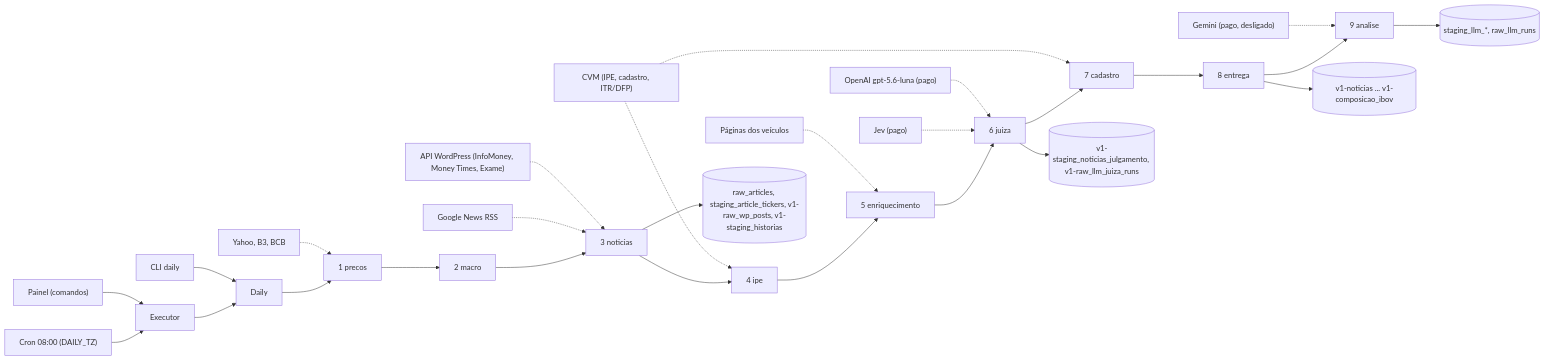
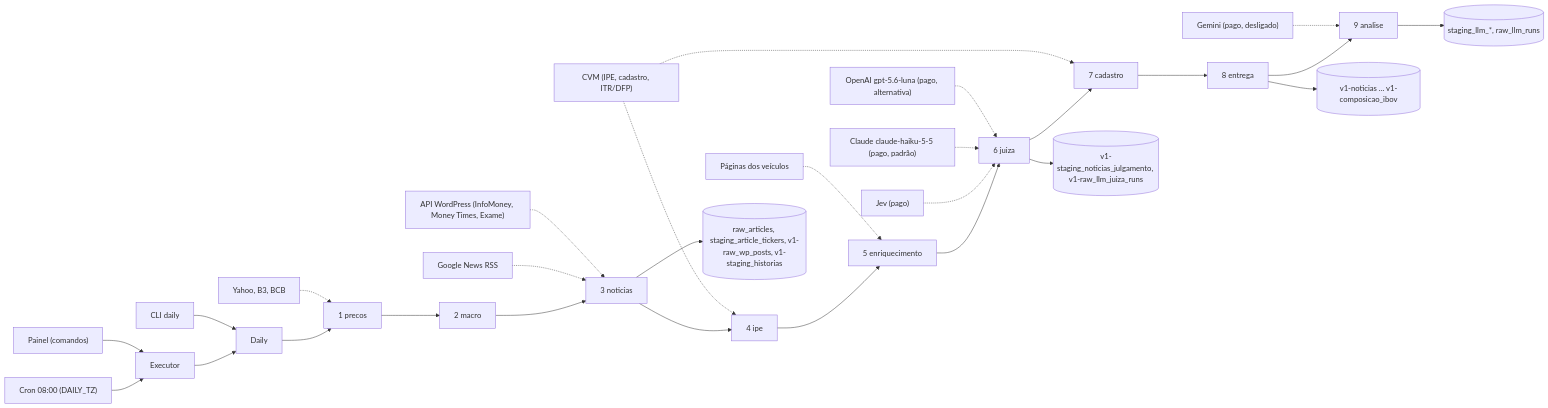
Before and after one commit to Mart1ns12/extracao-dados-tcc: the diagram in docs/02-pipeline-diaria.md, drawn with Mermaid. The commit also changed other lines of this file and 21 other files, not shown here.

First line of the commit message:
feat(juiza): fallback Claude Haiku 5.5 (provedor anthropic) no lugar da OpenAI gpt-5.6-luna

````diff
--- a/docs/02-pipeline-diaria.md
+++ b/docs/02-pipeline-diaria.md
@@ -90,22 +90,23 @@
 ```mermaid
 flowchart LR
   cron["Cron 08:00 (DAILY_TZ)"] --> ex
   painel["Painel (comandos)"] --> ex
   ex["Executor"] --> dia
   cli["CLI daily"] --> dia
   dia["Daily"] --> e1
   e1["1 precos"] --> e2["2 macro"] --> e3["3 noticias"] --> e4["4 ipe"] --> e5["5 enriquecimento"] --> e6["6 juiza"] --> e7["7 cadastro"] --> e8["8 entrega"] --> e9["9 analise"]
   yf["Yahoo, B3, BCB"] -.-> e1
   gn["Google News RSS"] -.-> e3
   wp["API WordPress (InfoMoney, Money Times, Exame)"] -.-> e3
   cvm["CVM (IPE, cadastro, ITR/DFP)"] -.-> e4
   cvm -.-> e7
   veic["Páginas dos veículos"] -.-> e5
   jev["Jev (pago)"] -.-> e6
-  oai["OpenAI gpt-5.6-luna (pago)"] -.-> e6
+  cla["Claude claude-haiku-5-5 (pago, padrão)"] -.-> e6
+  oai["OpenAI gpt-5.6-luna (pago, alternativa)"] -.-> e6
   gem["Gemini (pago, desligado)"] -.-> e9
   e3 --> t1[("raw_articles, staging_article_tickers, v1-raw_wp_posts, v1-staging_historias")]
   e6 --> t2[("v1-staging_noticias_julgamento, v1-raw_llm_juiza_runs")]
   e8 --> t3[("v1-noticias ... v1-composicao_ibov")]
   e9 --> t4[("staging_llm_*, raw_llm_runs")]
 ```
````
